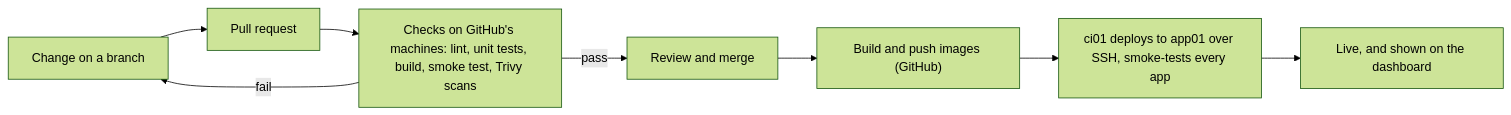
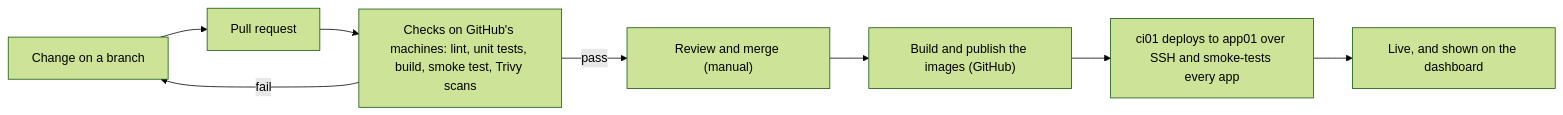
One commit to zulhardy-lab/homelab-lite changed the diagram in README.md. Above: the diagram before and after it, drawn with Mermaid (forest theme). The commit also changed other lines of this file and 1 other file, not shown here.

First line of the commit message:
docs: README for learners; approvals described as manual

````diff
--- a/README.md
+++ b/README.md
@@ -9,10 +30,10 @@
 ```mermaid
 flowchart LR
     A["Change on a branch"] --> B["Pull request"]
     B --> C["Checks on GitHub's machines: lint, unit tests, build, smoke test, Trivy scans"]
     C -->|"fail"| A
-    C -->|"pass"| D["Review and merge"]
-    D --> E["Build and push images (GitHub)"]
-    E --> F["ci01 deploys to app01 over SSH, smoke-tests every app"]
+    C -->|"pass"| D["Review and merge (manual)"]
+    D --> E["Build and publish the images (GitHub)"]
+    E --> F["ci01 deploys to app01 over SSH and smoke-tests every app"]
     F --> G["Live, and shown on the dashboard"]
 ```
````
